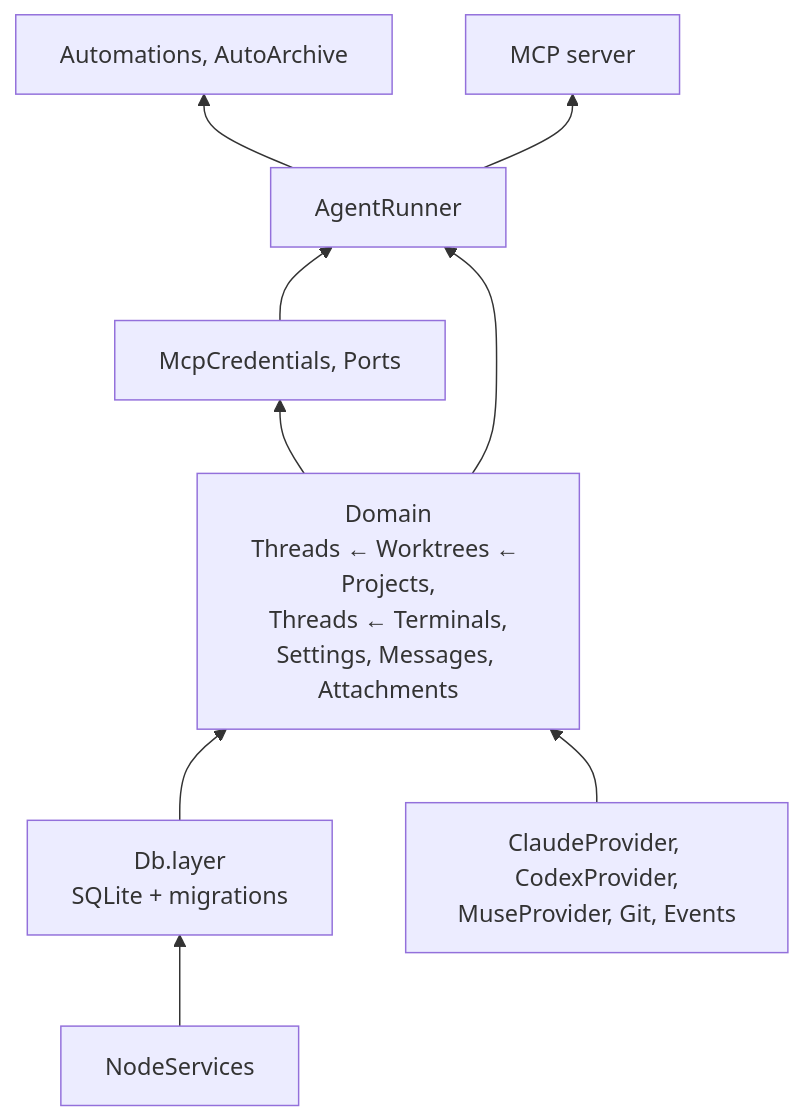
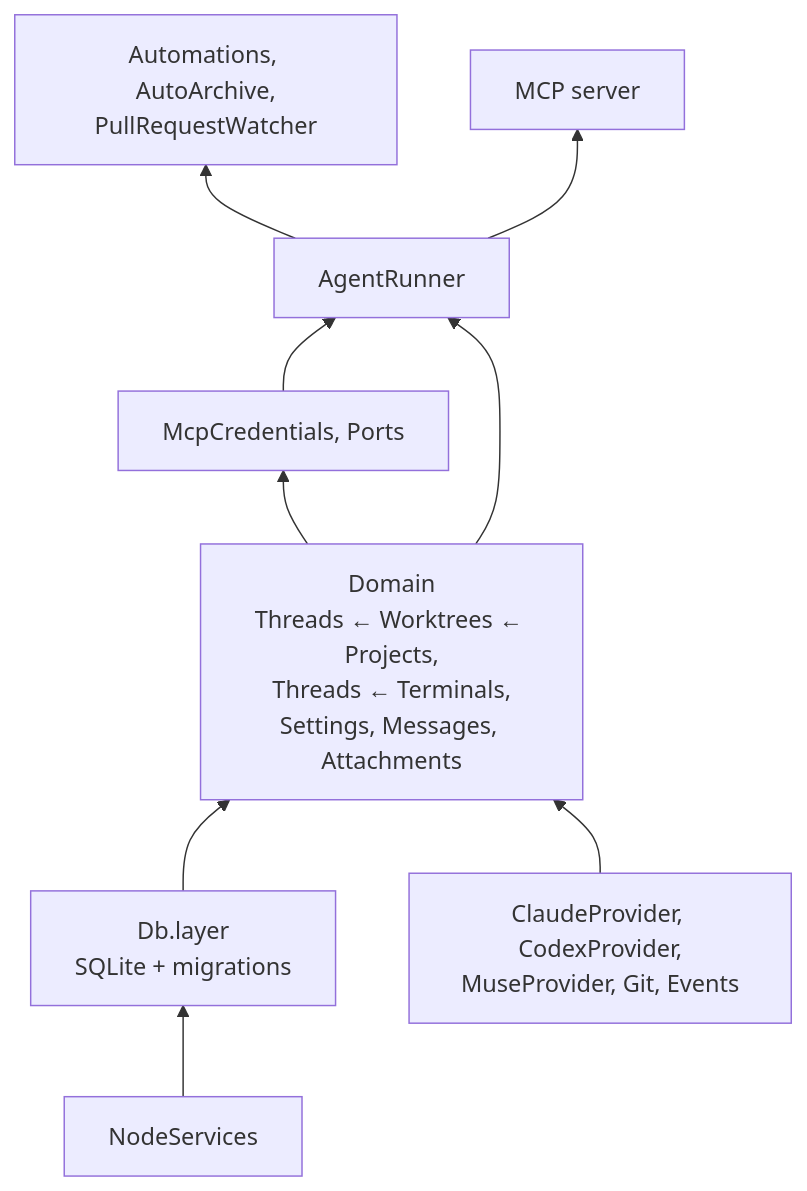
One commit to hinadev-ai/hinacode changed the third of 16 diagrams in docs/arch.md. Above: the diagram before and after it, drawn with Mermaid. The commit also changed other lines of this file and 22 other files, not shown here.

````diff
--- a/docs/arch.md
+++ b/docs/arch.md
@@ -73,18 +73,18 @@
 ```mermaid
 flowchart BT
   node["NodeServices"]
   db["Db.layer<br/>SQLite + migrations"]
   infra["ClaudeProvider, CodexProvider,<br/>MuseProvider, Git, Events"]
   domain["Domain<br/>Threads ← Worktrees ← Projects,<br/>Threads ← Terminals,<br/>Settings, Messages, Attachments"]
   features["McpCredentials, Ports"]
   runner["AgentRunner"]
-  autos["Automations, AutoArchive"]
+  autos["Automations, AutoArchive,<br/>PullRequestWatcher"]
   mcp["MCP server"]
 
   node --> db --> domain
   infra --> domain
   domain --> features --> runner
   domain --> runner
   runner --> autos
   runner --> mcp
 ```
````
